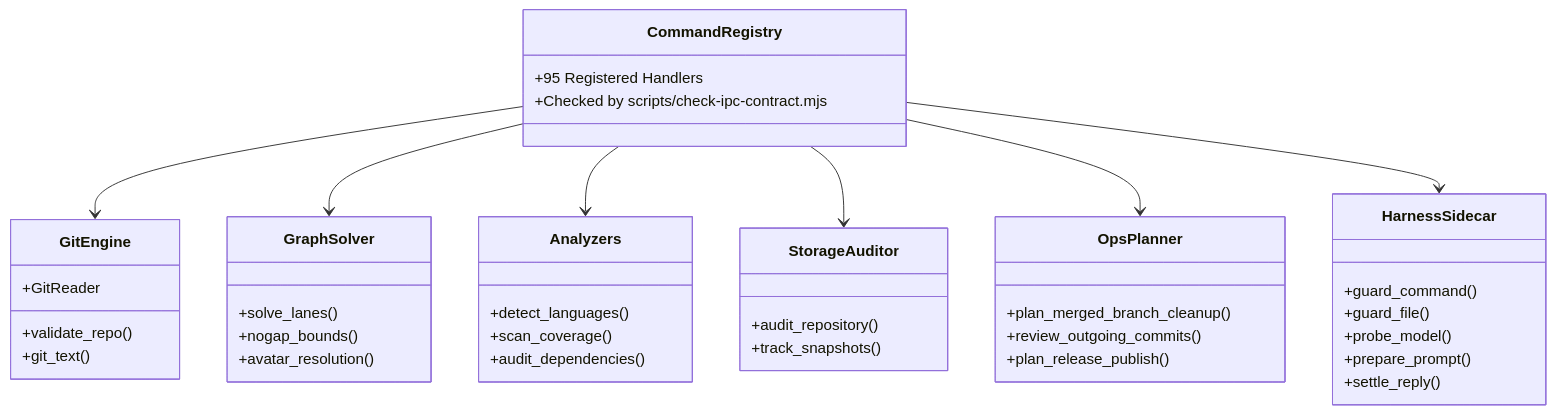
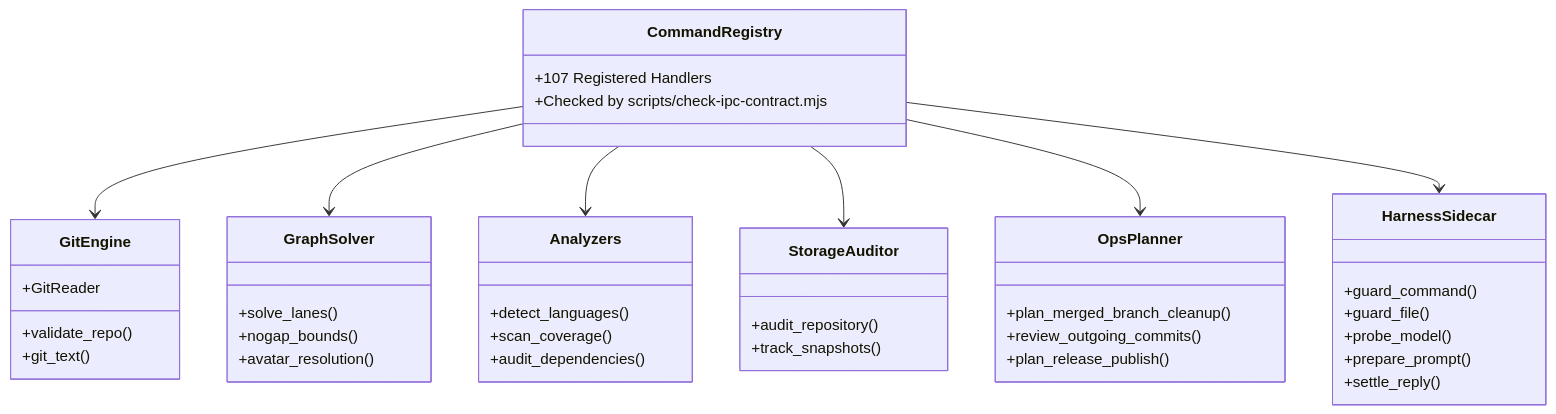
The third of 4 diagrams in docs/ARCHITECTURE.md (bharathvbcr/GitPulse), drawn with Mermaid before and after one commit. The commit also changed other lines of this file and 50 other files, not shown here.

````diff
--- a/docs/ARCHITECTURE.md
+++ b/docs/ARCHITECTURE.md
@@ -96,45 +96,45 @@
 ```mermaid
 classDiagram
     class CommandRegistry {
-        +95 Registered Handlers
+        +107 Registered Handlers
         +Checked by scripts/check-ipc-contract.mjs
     }
     class GitEngine {
         +validate_repo()
         +git_text()
         +GitReader
     }
     class GraphSolver {
         +solve_lanes()
         +nogap_bounds()
         +avatar_resolution()
     }
     class Analyzers {
         +detect_languages()
         +scan_coverage()
         +audit_dependencies()
     }
     class StorageAuditor {
         +audit_repository()
         +track_snapshots()
     }
     class OpsPlanner {
         +plan_merged_branch_cleanup()
         +review_outgoing_commits()
         +plan_release_publish()
     }
     class HarnessSidecar {
         +guard_command()
         +guard_file()
         +probe_model()
         +prepare_prompt()
         +settle_reply()
     }
 
     CommandRegistry --> GitEngine
     CommandRegistry --> GraphSolver
     CommandRegistry --> Analyzers
     CommandRegistry --> StorageAuditor
     CommandRegistry --> OpsPlanner
     CommandRegistry --> HarnessSidecar
 ```
````
